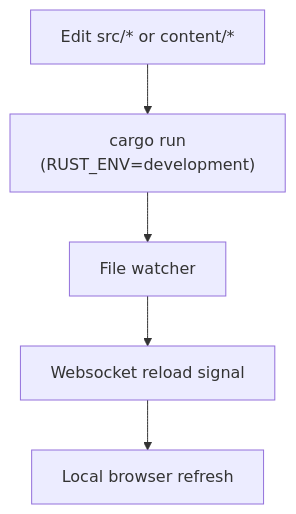
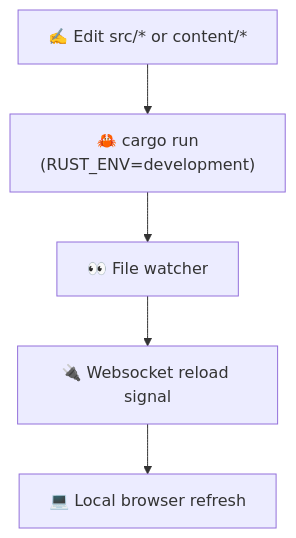
The second of 3 diagrams in content/posts/2026-03-02-how-this-blog-works.md (pasunboneleve/gcp-rust-blog-public), drawn with Mermaid before and after one commit. The commit also changed other lines of this file, not shown here.

Commit message:
content: add emojis to blog architecture post

````diff
--- a/content/posts/2026-03-02-how-this-blog-works.md
+++ b/content/posts/2026-03-02-how-this-blog-works.md
@@ -52,14 +52,14 @@
 ```mermaid
 flowchart TD
 
-  EDIT["Edit src/* or content/*"]
-  RUN["cargo run<br/>(RUST_ENV=development)"]
-  WATCH["File watcher"]
-  WS["Websocket reload signal"]
-  BROWSER["Local browser refresh"]
+  EDIT["✍️ Edit src/* or content/*"]
+  RUN["🦀 cargo run<br/>(RUST_ENV=development)"]
+  WATCH["👀 File watcher"]
+  WS["🔌 Websocket reload signal"]
+  BROWSER["💻 Local browser refresh"]
 
   EDIT --> RUN
   RUN --> WATCH
   WATCH --> WS
   WS --> BROWSER
 ```
````
